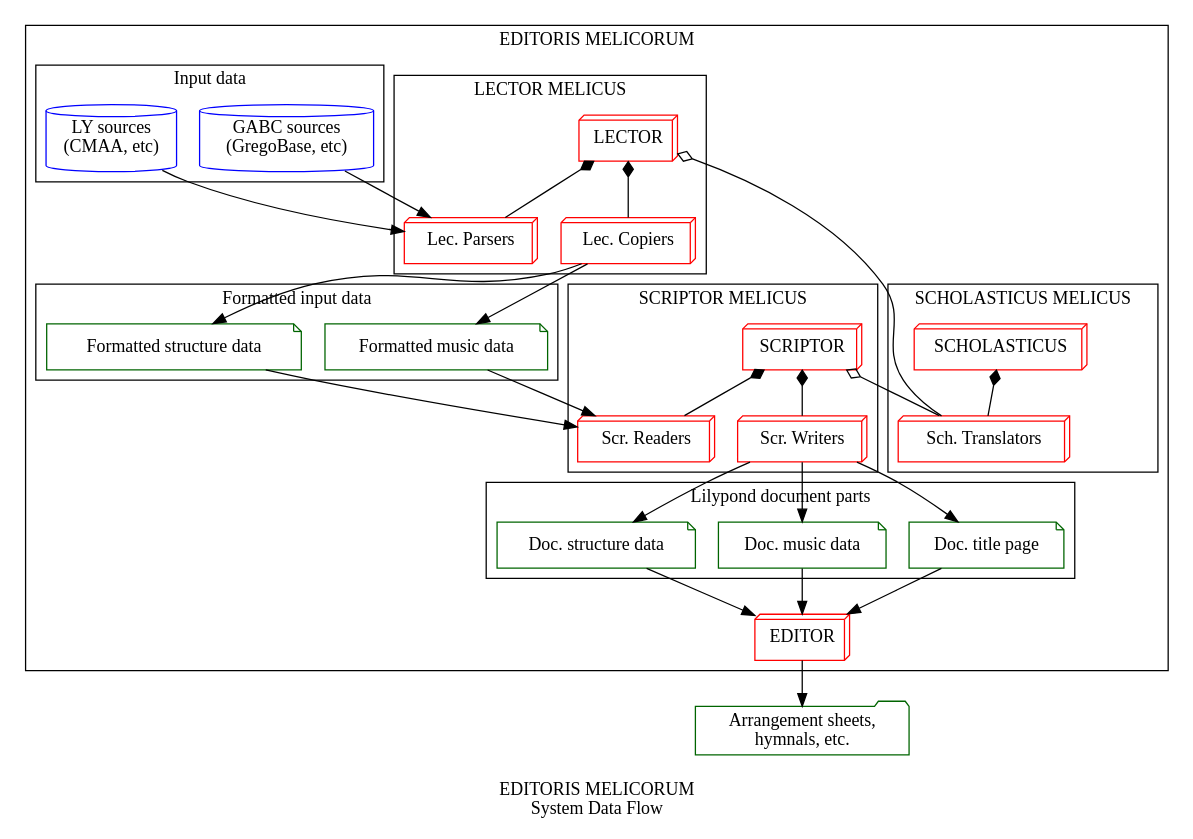
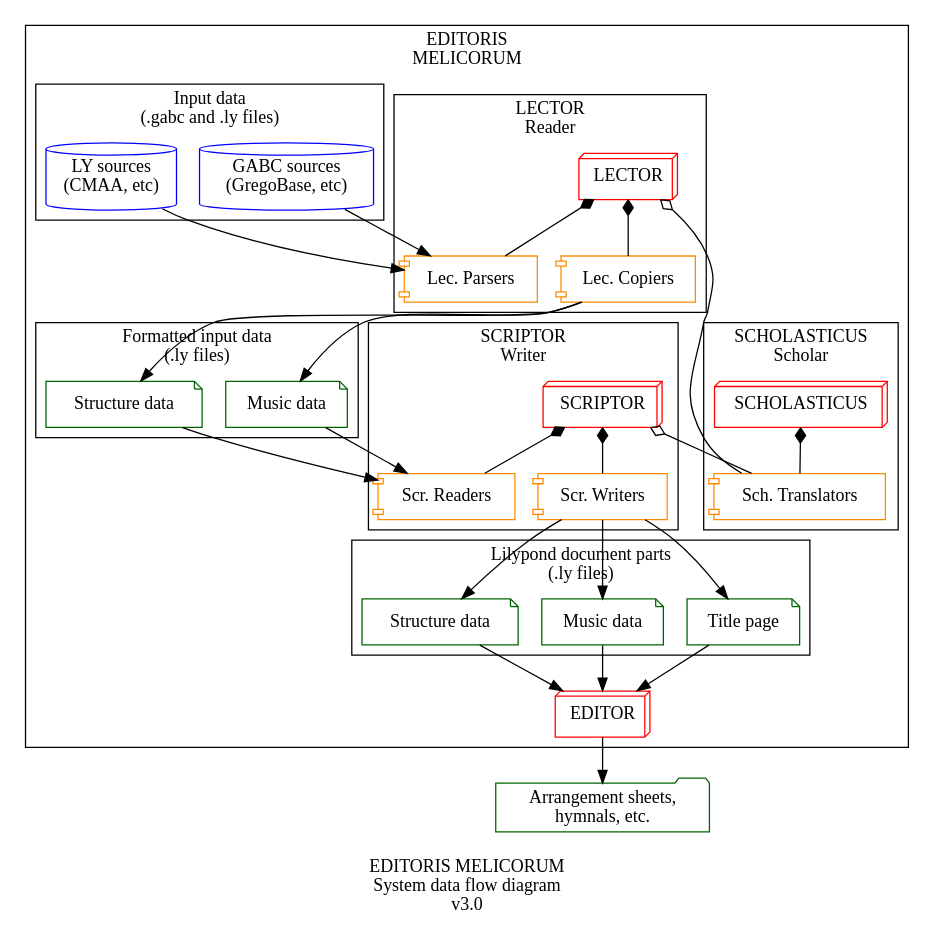
Before and after one commit to guild-st-isidore-TO/editorismelicorum: the diagram in static/design/data-flow-v2.dot, drawn with Graphviz. The commit also changed 2 other files, not shown here.

Commit message:
updated docs, diagrams

```diff
--- a/static/design/data-flow-v2.dot
+++ b/static/design/data-flow-v2.dot
@@ -1,83 +1,83 @@
 digraph {
-    label = "\nEDITORIS MELICORUM\nSystem Data Flow";
+    label = "\nEDITORIS MELICORUM\nSystem data flow diagram\nv3.0";
     node [shape = box;];
     
     editor -> finalDocuments;
 
     subgraph cluster_00 {
-        label = "EDITORIS MELICORUM";
+        label = "EDITORIS\nMELICORUM";
         docTitleData -> editor;
         docMusicData -> editor;
         docStructureData -> editor;
         scriptor -> scholasticusTranslators [dir=both, arrowhead=none, arrowtail=odiamond]; 
         lector -> scholasticusTranslators [dir=both, arrowhead=none, arrowtail=odiamond]; 
         
         subgraph cluster_10 {
-            label = "LECTOR MELICUS";
+            label = "LECTOR\nReader";
             lector -> lectorParsers [dir=both, arrowhead=none, arrowtail=diamond]; 
             lector -> lectorCopiers [dir=both, arrowhead=none, arrowtail=diamond]; 
         }
         subgraph cluster_11 {
-            label = "SCRIPTOR MELICUS";
+            label = "SCRIPTOR\nWriter";
             scriptor -> scriptorWriters [dir=both, arrowhead=none, arrowtail=diamond]; 
             scriptor -> scriptorReaders [dir=both, arrowhead=none, arrowtail=diamond]; 
         }
         subgraph cluster_12 {
-            label = "SCHOLASTICUS MELICUS";
+            label = "SCHOLASTICUS\nScholar";
             scholasticus -> scholasticusTranslators [dir=both, arrowhead=none, arrowtail=diamond]; 
         }
         
         subgraph cluster_20 {
-            label = "Input data";
+            label = "Input data\n(.gabc and .ly files)";
             gabcSource -> lectorParsers;
             lySource -> lectorParsers;
         }
         
         // gabcParser -> lyTranslation [color = red;];
         
         subgraph cluster_30 {
-            label = "Formatted input data";
+            label = "Formatted input data\n(.ly files)";
             lectorCopiers -> formattedMusicData;
             lectorCopiers -> formattedStructureData;
             formattedMusicData -> scriptorReaders;
             formattedStructureData -> scriptorReaders;
         }
         subgraph cluster_31 {
-            label = "Lilypond document parts";
+            label = "Lilypond document parts\n(.ly files)";
             scriptorWriters -> docTitleData;
             scriptorWriters -> docMusicData;
             scriptorWriters -> docStructureData;
         }
     }
     
     // lyFormatter -> outputHtml [color = blue;];
     // lyFormatter -> outputMarkdown [color = blue;];
     // lyFormatter -> outputPdf [color = blue;];
     // lyFormatter -> outputSvg [color = blue;];
     // lyFormatter -> outputPng [color = blue;];
     
     gabcSource [label = "GABC sources\n(GregoBase, etc)";shape = cylinder;color = blue;];
     lySource [label = "LY sources\n(CMAA, etc)";shape = cylinder;color = blue;];
     
     editor [label = "EDITOR";shape = box3d;color = red;];
     
     lector [label = "LECTOR";shape = box3d;color = red;];
-    lectorParsers [label = "Lec. Parsers";shape = box3d;color = red;];
-    lectorCopiers [label = "Lec. Copiers";shape = box3d;color = red;];
+    lectorParsers [label = "Lec. Parsers";shape = component;color = darkorange;];
+    lectorCopiers [label = "Lec. Copiers";shape = component;color = darkorange;];
     
     scriptor [label = "SCRIPTOR";shape = box3d;color = red;];
-    scriptorReaders [label = "Scr. Readers";shape = box3d;color = red;];
-    scriptorWriters [label = "Scr. Writers";shape = box3d;color = red;];
+    scriptorReaders [label = "Scr. Readers";shape = component;color = darkorange;];
+    scriptorWriters [label = "Scr. Writers";shape = component;color = darkorange;];
     
     scholasticus [label = "SCHOLASTICUS";shape = box3d;color = red;];
-    scholasticusTranslators [label = "Sch. Translators";shape = box3d;color = red;];
+    scholasticusTranslators [label = "Sch. Translators";shape = component;color = darkorange;];
     
-    formattedMusicData [label = "Formatted music data";shape = note;color = darkgreen;];
-    formattedStructureData [label = "Formatted structure data";shape = note;color = darkgreen;];
+    formattedMusicData [label = "Music data";shape = note;color = darkgreen;];
+    formattedStructureData [label = "Structure data";shape = note;color = darkgreen;];
     
-    docTitleData [label = "Doc. title page";shape = note;color = darkgreen;];
-    docMusicData [label = "Doc. music data";shape = note;color = darkgreen;];
-    docStructureData [label = "Doc. structure data";shape = note;color = darkgreen;];
+    docTitleData [label = "Title page";shape = note;color = darkgreen;];
+    docMusicData [label = "Music data";shape = note;color = darkgreen;];
+    docStructureData [label = "Structure data";shape = note;color = darkgreen;];
     
     finalDocuments [label = "Arrangement sheets,\nhymnals, etc.";shape = folder;color = darkgreen;];
 }
```
